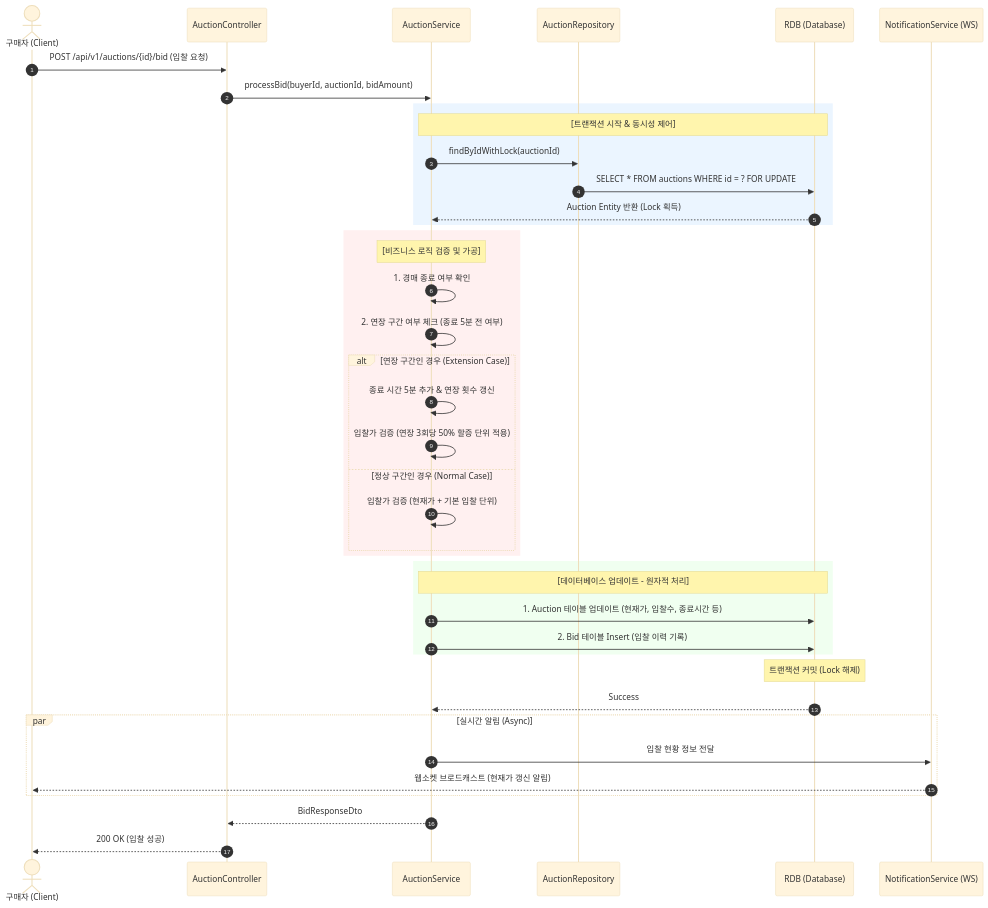
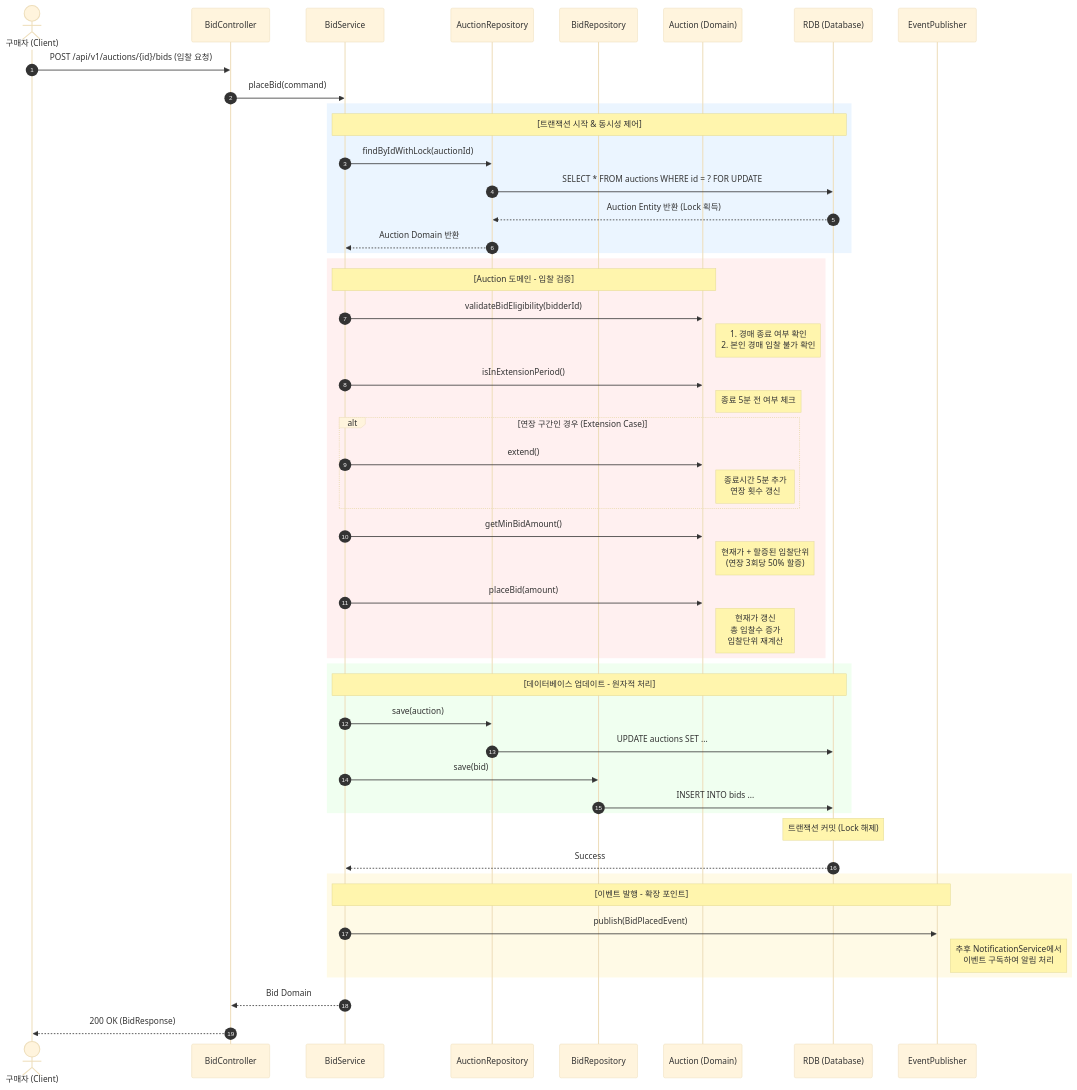
The diagram in docs/feature/bid/입찰.mmd (ahn-h-j/Fairbid), drawn with Mermaid (base theme) before and after one commit.

Commit message:
docs(bidding): 입찰 시퀀스 다이어그램 수정
입찰 흐름도를 실제 구현에 맞게 수정한다.

- BidService와 Auction 도메인 간 책임 분리 반영
- EventPublisher를 통한 실시간 UI 업데이트 흐름 추가
- 트랜잭션 및 동시성 제어 구간 명시

```diff
--- a/docs/feature/bid/입찰.mmd
+++ b/docs/feature/bid/입찰.mmd
@@ -1,48 +1,62 @@
 sequenceDiagram
 autonumber
 actor Buyer as 구매자 (Client)
-participant Ctrl as AuctionController
-participant Svc as AuctionService
-participant Repo as AuctionRepository
+participant Ctrl as BidController
+participant Svc as BidService
+participant AuctionRepo as AuctionRepository
+participant BidRepo as BidRepository
+participant Auction as Auction (Domain)
 participant RDB as RDB (Database)
-participant Noti as NotificationService (WS)
+participant EventPub as EventPublisher
 
-    Buyer->>Ctrl: POST /api/v1/auctions/{id}/bid (입찰 요청)
-    Ctrl->>Svc: processBid(buyerId, auctionId, bidAmount)
+    Buyer->>Ctrl: POST /api/v1/auctions/{id}/bids (입찰 요청)
+    Ctrl->>Svc: placeBid(command)
 
     rect rgb(235, 245, 255)
         Note over Svc, RDB: [트랜잭션 시작 & 동시성 제어]
-        Svc->>Repo: findByIdWithLock(auctionId)
-        Repo->>RDB: SELECT * FROM auctions WHERE id = ? FOR UPDATE
-        RDB-->>Svc: Auction Entity 반환 (Lock 획득)
+        Svc->>AuctionRepo: findByIdWithLock(auctionId)
+        AuctionRepo->>RDB: SELECT * FROM auctions WHERE id = ? FOR UPDATE
+        RDB-->>AuctionRepo: Auction Entity 반환 (Lock 획득)
+        AuctionRepo-->>Svc: Auction Domain 반환
     end
 
     rect rgb(255, 240, 240)
-        Note over Svc: [비즈니스 로직 검증 및 가공]
-        Svc->>Svc: 1. 경매 종료 여부 확인
-        Svc->>Svc: 2. 연장 구간 여부 체크 (종료 5분 전 여부)
-        
+        Note over Svc, Auction: [Auction 도메인 - 입찰 검증]
+        Svc->>Auction: validateBidEligibility(bidderId)
+        Note right of Auction: 1. 경매 종료 여부 확인<br/>2. 본인 경매 입찰 불가 확인
+
+        Svc->>Auction: isInExtensionPeriod()
+        Note right of Auction: 종료 5분 전 여부 체크
+
         alt 연장 구간인 경우 (Extension Case)
-            Svc->>Svc: 종료 시간 5분 추가 & 연장 횟수 갱신
-            Svc->>Svc: 입찰가 검증 (연장 3회당 50% 할증 단위 적용)
-        else 정상 구간인 경우 (Normal Case)
-            Svc->>Svc: 입찰가 검증 (현재가 + 기본 입찰 단위)
+            Svc->>Auction: extend()
+            Note right of Auction: 종료시간 5분 추가<br/>연장 횟수 갱신
         end
+
+        Svc->>Auction: getMinBidAmount()
+        Note right of Auction: 현재가 + 할증된 입찰단위<br/>(연장 3회당 50% 할증)
+
+        Svc->>Auction: placeBid(amount)
+        Note right of Auction: 현재가 갱신<br/>총 입찰수 증가<br/>입찰단위 재계산
     end
 
     rect rgb(240, 255, 240)
         Note over Svc, RDB: [데이터베이스 업데이트 - 원자적 처리]
-        Svc->>RDB: 1. Auction 테이블 업데이트 (현재가, 입찰수, 종료시간 등)
-        Svc->>RDB: 2. Bid 테이블 Insert (입찰 이력 기록)
+        Svc->>AuctionRepo: save(auction)
+        AuctionRepo->>RDB: UPDATE auctions SET ...
+
+        Svc->>BidRepo: save(bid)
+        BidRepo->>RDB: INSERT INTO bids ...
     end
-    
+
     Note over RDB: 트랜잭션 커밋 (Lock 해제)
     RDB-->>Svc: Success
 
-    par 실시간 알림 (Async)
-        Svc->>Noti: 입찰 현황 정보 전달
-        Noti-->>Buyer: 웹소켓 브로드캐스트 (현재가 갱신 알림)
+    rect rgb(255, 250, 230)
+        Note over Svc, EventPub: [이벤트 발행 - 확장 포인트]
+        Svc->>EventPub: publish(BidPlacedEvent)
+        Note right of EventPub: 추후 NotificationService에서<br/>이벤트 구독하여 알림 처리
     end
 
-    Svc-->>Ctrl: BidResponseDto
-    Ctrl-->>Buyer: 200 OK (입찰 성공)
+    Svc-->>Ctrl: Bid Domain
+    Ctrl-->>Buyer: 200 OK (BidResponse)
```
